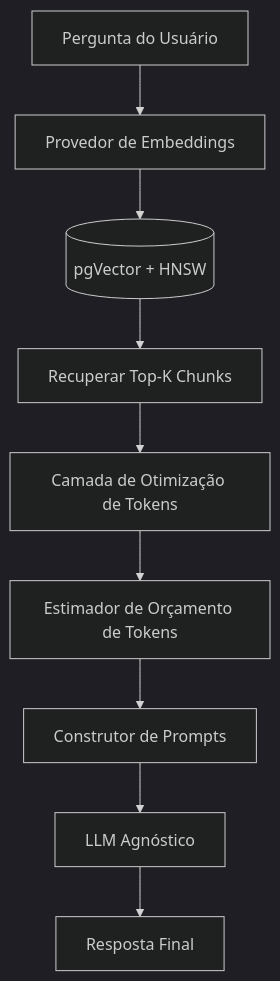
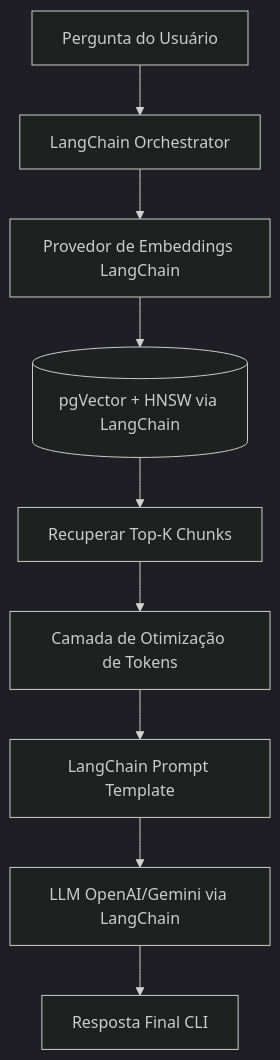
One commit to danibrdev/semantic-pdf-rag changed the diagram in readme.md. Above: the diagram before and after it, drawn with Mermaid (dark theme). The commit also changed other lines of this file and 5 other files, not shown here.

First line of the commit message:
docs: formalize langchain adoption across all architectural documentation

````diff
--- a/readme.md
+++ b/readme.md
@@ -36,11 +43,11 @@
 ```mermaid
 flowchart TD
-    Q[Pergunta do Usuário] --> E[Provedor de Embeddings]
-    E --> VS[(pgVector + HNSW)]
+    Q[Pergunta do Usuário] --> LC[LangChain Orchestrator]
+    LC --> E[Provedor de Embeddings LangChain]
+    E --> VS[(pgVector + HNSW via LangChain)]
     VS --> R[Recuperar Top-K Chunks]
     R --> TO[Camada de Otimização de Tokens]
-    TO --> TB[Estimador de Orçamento de Tokens]
-    TB --> PB[Construtor de Prompts]
-    PB --> LLM[LLM Agnóstico]
-    LLM --> A[Resposta Final]
+    TO --> PB[LangChain Prompt Template]
+    PB --> LLM[LLM OpenAI/Gemini via LangChain]
+    LLM --> A[Resposta Final CLI]
 ```
````
